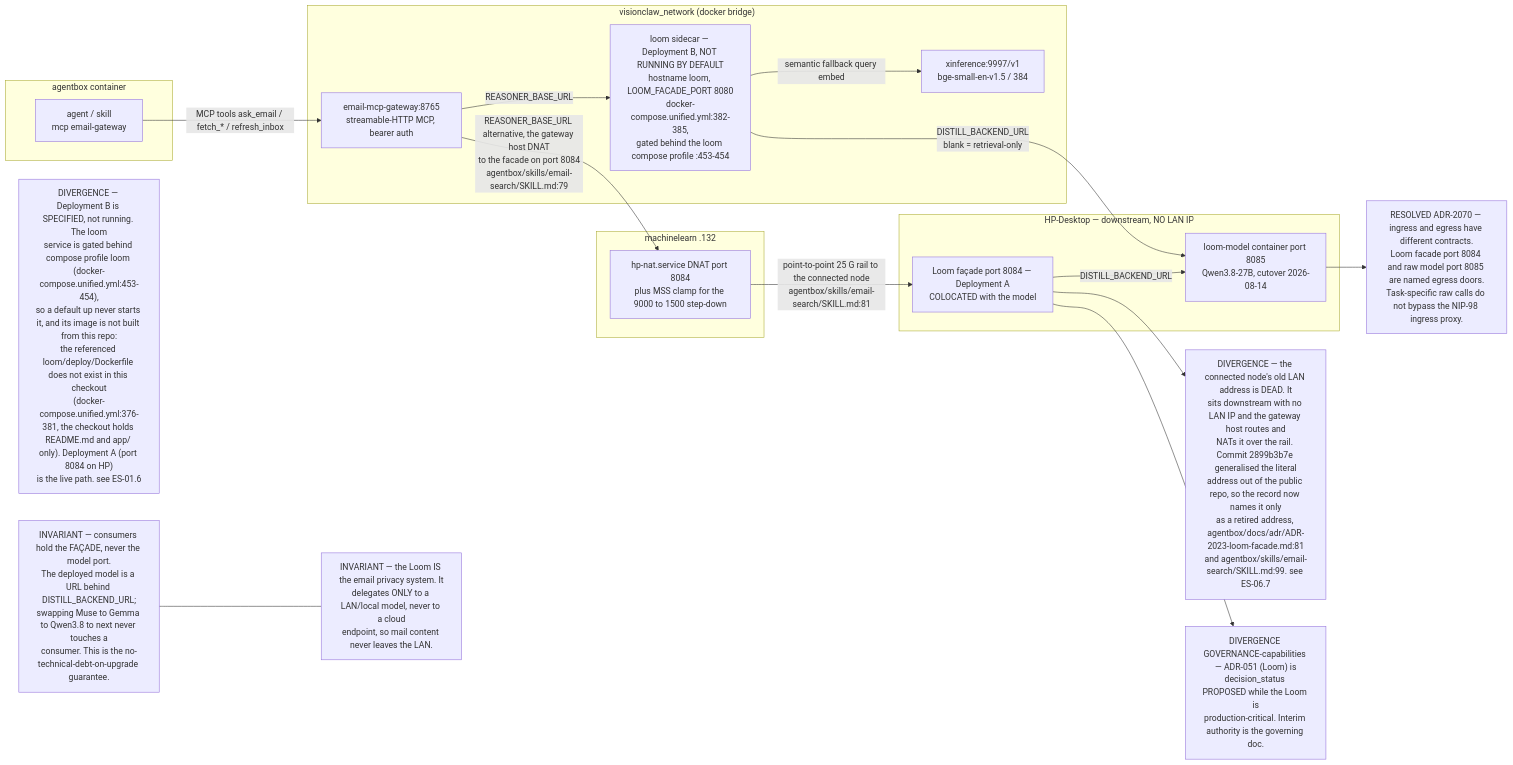
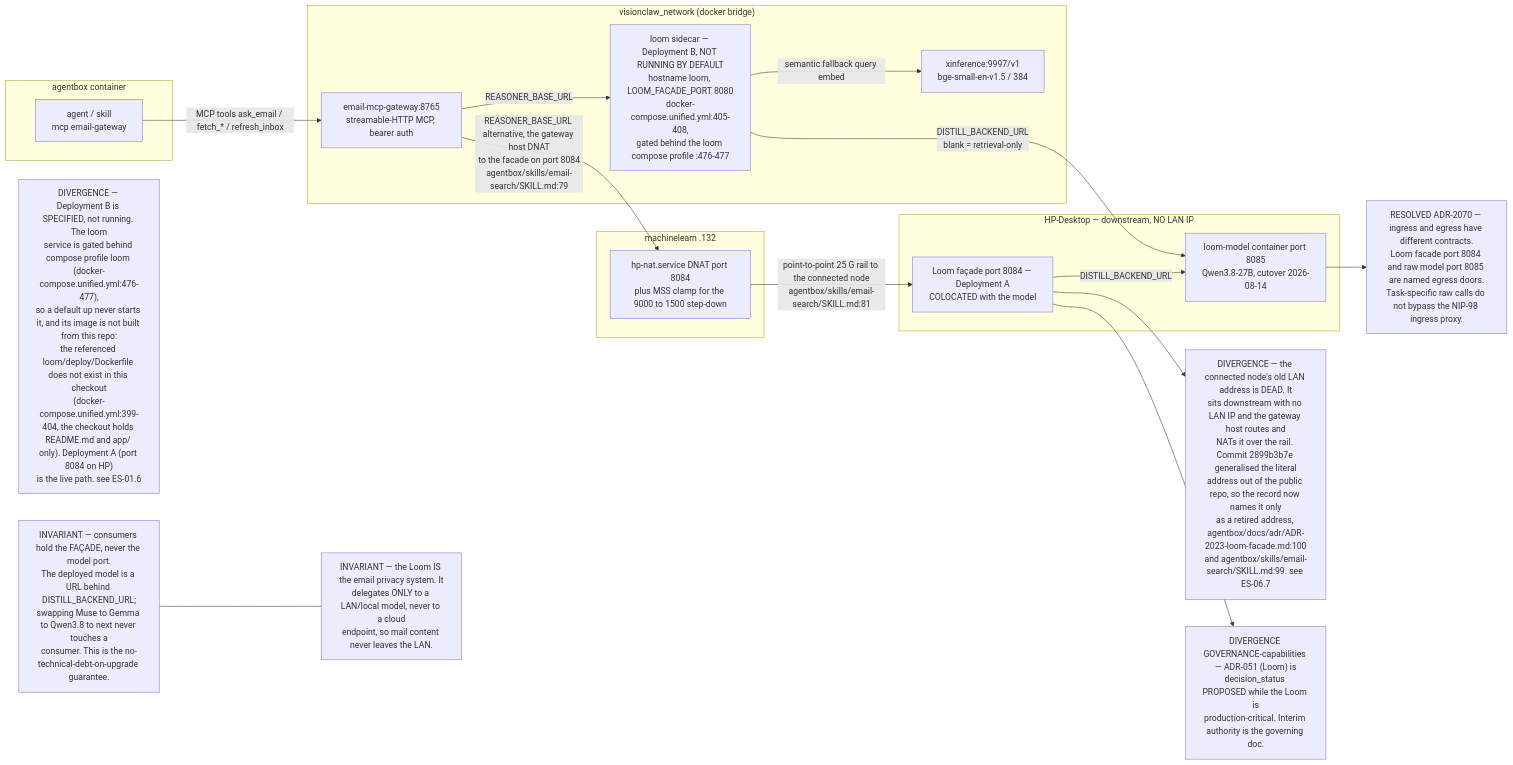
One commit to DreamLab-AI/VisionFlow changed the first of 11 diagrams in docs/diagrams/estate/06-loom-and-email-privacy-path.md. Above: the diagram before and after it, drawn with Mermaid. The commit also changed other lines of this file and 6 other files, not shown here.

````diff
--- a/docs/diagrams/estate/06-loom-and-email-privacy-path.md
+++ b/docs/diagrams/estate/06-loom-and-email-privacy-path.md
@@ -36,38 +36,38 @@
 ```mermaid
 flowchart LR
     subgraph box["agentbox container"]
         AG["agent / skill<br/>mcp email-gateway"]
     end
     subgraph vcnet["visionclaw_network (docker bridge)"]
         GW["email-mcp-gateway:8765<br/>streamable-HTTP MCP, bearer auth"]
-        LOOMB["loom sidecar — Deployment B, NOT RUNNING BY DEFAULT<br/>hostname loom, LOOM_FACADE_PORT 8080<br/>docker-compose.unified.yml:382-385,<br/>gated behind the loom compose profile :453-454"]
+        LOOMB["loom sidecar — Deployment B, NOT RUNNING BY DEFAULT<br/>hostname loom, LOOM_FACADE_PORT 8080<br/>docker-compose.unified.yml:405-408,<br/>gated behind the loom compose profile :476-477"]
         XI["xinference:9997/v1<br/>bge-small-en-v1.5 / 384"]
     end
     subgraph ml["machinelearn .132"]
         DNAT["hp-nat.service DNAT port 8084<br/>plus MSS clamp for the 9000 to 1500 step-down"]
     end
     subgraph hp["HP-Desktop — downstream, NO LAN IP"]
         LOOMA["Loom façade port 8084 — Deployment A<br/>COLOCATED with the model"]
         MODEL["loom-model container port 8085<br/>Qwen3.8-27B, cutover 2026-08-14"]
     end
 
     AG -- "MCP tools ask_email / fetch_* / refresh_inbox" --> GW
     GW -- "REASONER_BASE_URL" --> LOOMB
     GW -- "REASONER_BASE_URL alternative, the gateway host DNAT<br/>to the facade on port 8084<br/>agentbox/skills/email-search/SKILL.md:79" --> DNAT
     DNAT -- "point-to-point 25 G rail to the connected node<br/>agentbox/skills/email-search/SKILL.md:81" --> LOOMA
     LOOMA -- "DISTILL_BACKEND_URL" --> MODEL
     LOOMB -- "DISTILL_BACKEND_URL<br/>blank = retrieval-only" --> MODEL
     LOOMB -- "semantic fallback query embed" --> XI
 
     INV1["INVARIANT — consumers hold the FAÇADE, never the model port.<br/>The deployed model is a URL behind DISTILL_BACKEND_URL;<br/>swapping Muse to Gemma to Qwen3.8 to next never touches a<br/>consumer. This is the no-technical-debt-on-upgrade guarantee."]
     INV2["INVARIANT — the Loom IS the email privacy system. It<br/>delegates ONLY to a LAN/local model, never to a cloud<br/>endpoint, so mail content never leaves the LAN."]
-    DIV0["DIVERGENCE — Deployment B is SPECIFIED, not running. The loom<br/>service is gated behind compose profile loom (docker-compose.unified.yml:453-454),<br/>so a default up never starts it, and its image is not built from this repo:<br/>the referenced loom/deploy/Dockerfile does not exist in this checkout<br/>(docker-compose.unified.yml:376-381, the checkout holds README.md and app/ only). Deployment A (port 8084 on HP)<br/>is the live path. see ES-01.6"]
-    DIV1["DIVERGENCE — the connected node's old LAN address is DEAD. It<br/>sits downstream with no LAN IP and the gateway host routes and<br/>NATs it over the rail. Commit 2899b3b7e generalised the literal<br/>address out of the public repo, so the record now names it only<br/>as a retired address, agentbox/docs/adr/ADR-2023-loom-facade.md:81<br/>and agentbox/skills/email-search/SKILL.md:99. see ES-06.7"]
+    DIV0["DIVERGENCE — Deployment B is SPECIFIED, not running. The loom<br/>service is gated behind compose profile loom (docker-compose.unified.yml:476-477),<br/>so a default up never starts it, and its image is not built from this repo:<br/>the referenced loom/deploy/Dockerfile does not exist in this checkout<br/>(docker-compose.unified.yml:399-404, the checkout holds README.md and app/ only). Deployment A (port 8084 on HP)<br/>is the live path. see ES-01.6"]
+    DIV1["DIVERGENCE — the connected node's old LAN address is DEAD. It<br/>sits downstream with no LAN IP and the gateway host routes and<br/>NATs it over the rail. Commit 2899b3b7e generalised the literal<br/>address out of the public repo, so the record now names it only<br/>as a retired address, agentbox/docs/adr/ADR-2023-loom-facade.md:100<br/>and agentbox/skills/email-search/SKILL.md:99. see ES-06.7"]
     DIV2["DIVERGENCE GOVERNANCE-capabilities — ADR-051 (Loom) is<br/>decision_status PROPOSED while the Loom is<br/>production-critical. Interim authority is the governing doc."]
     DIV3["RESOLVED ADR-2070 — ingress and egress have different contracts.<br/>Loom facade port 8084 and raw model port 8085 are named egress doors.<br/>Task-specific raw calls do not bypass the NIP-98 ingress proxy."]
 
     INV1 --- INV2
     LOOMA --> DIV1
     LOOMA --> DIV2
     MODEL --> DIV3
 ```
````
